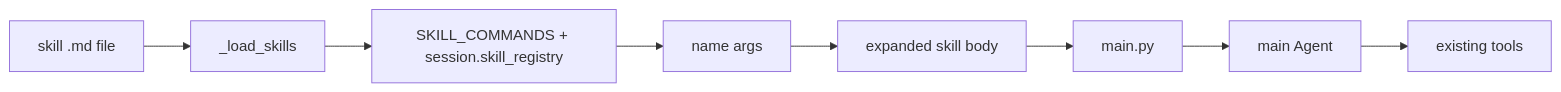
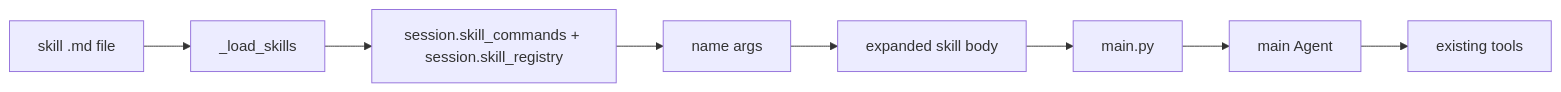
Before and after one commit to binlecode/co-cli: the diagram in docs/DESIGN-skills.md, drawn with Mermaid. The commit also changed other lines of this file and 21 other files, not shown here.

````diff
--- a/docs/DESIGN-skills.md
+++ b/docs/DESIGN-skills.md
@@ -9,10 +9,10 @@
 ```mermaid
 flowchart LR
     SkillFile[skill .md file] --> Loader[_load_skills]
-    Loader --> Registry[SKILL_COMMANDS + session.skill_registry]
+    Loader --> Registry[session.skill_commands + session.skill_registry]
     Registry --> Dispatch[name args]
     Dispatch --> AgentBody[expanded skill body]
     AgentBody --> MainLoop[main.py]
     MainLoop --> MainAgent[main Agent]
     MainAgent --> Tools[existing tools]
 ```
````
